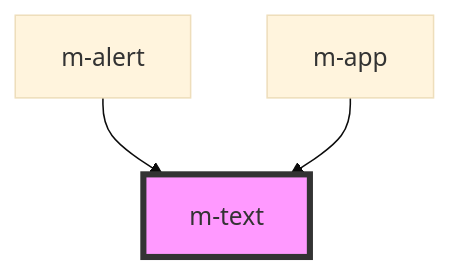
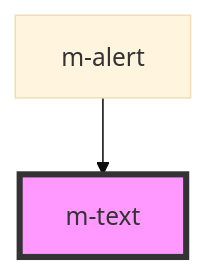
The diagram in design-system/src/components/m-text/readme.md (dynamic-framework/dynamic-ui), drawn with Mermaid (base theme) before and after one commit. The commit also changed other lines of this file and 26 other files, not shown here.

````diff
--- a/design-system/src/components/m-text/readme.md
+++ b/design-system/src/components/m-text/readme.md
@@ -23,6 +22,5 @@
 ```mermaid
 graph TD;
   m-alert --> m-text
-  m-app --> m-text
   style m-text fill:#f9f,stroke:#333,stroke-width:4px
 ```
````
